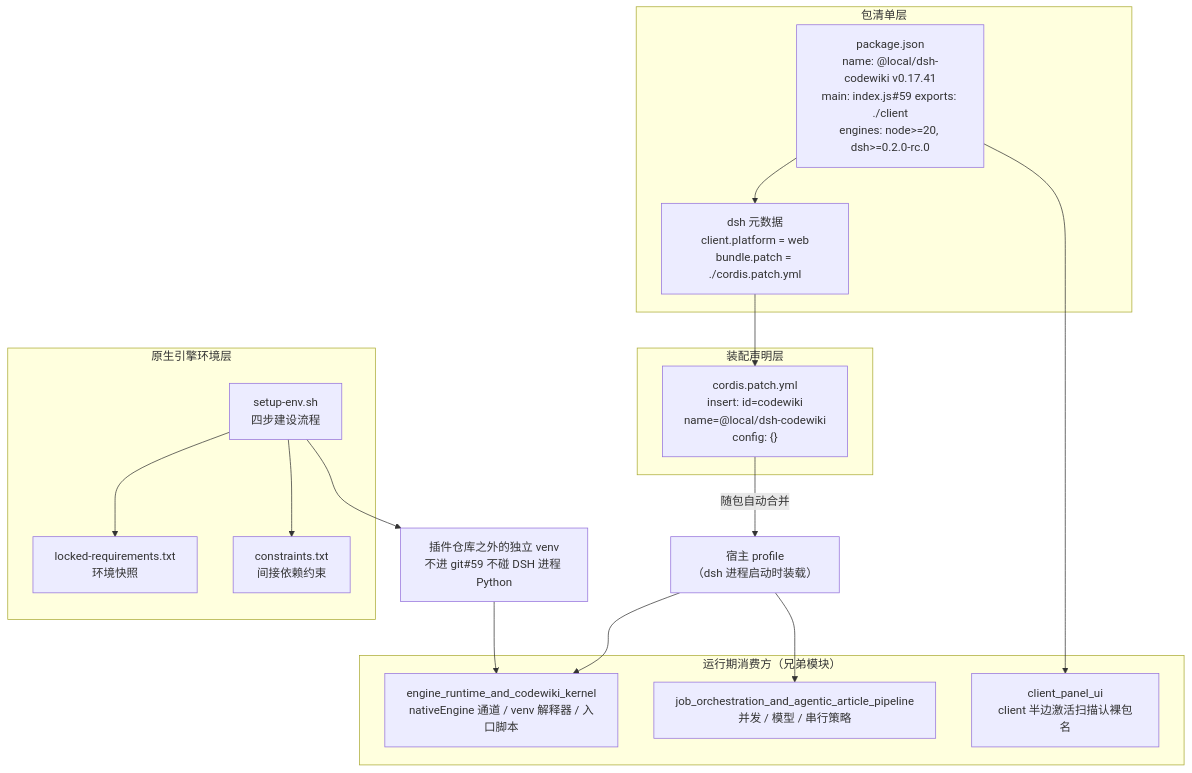
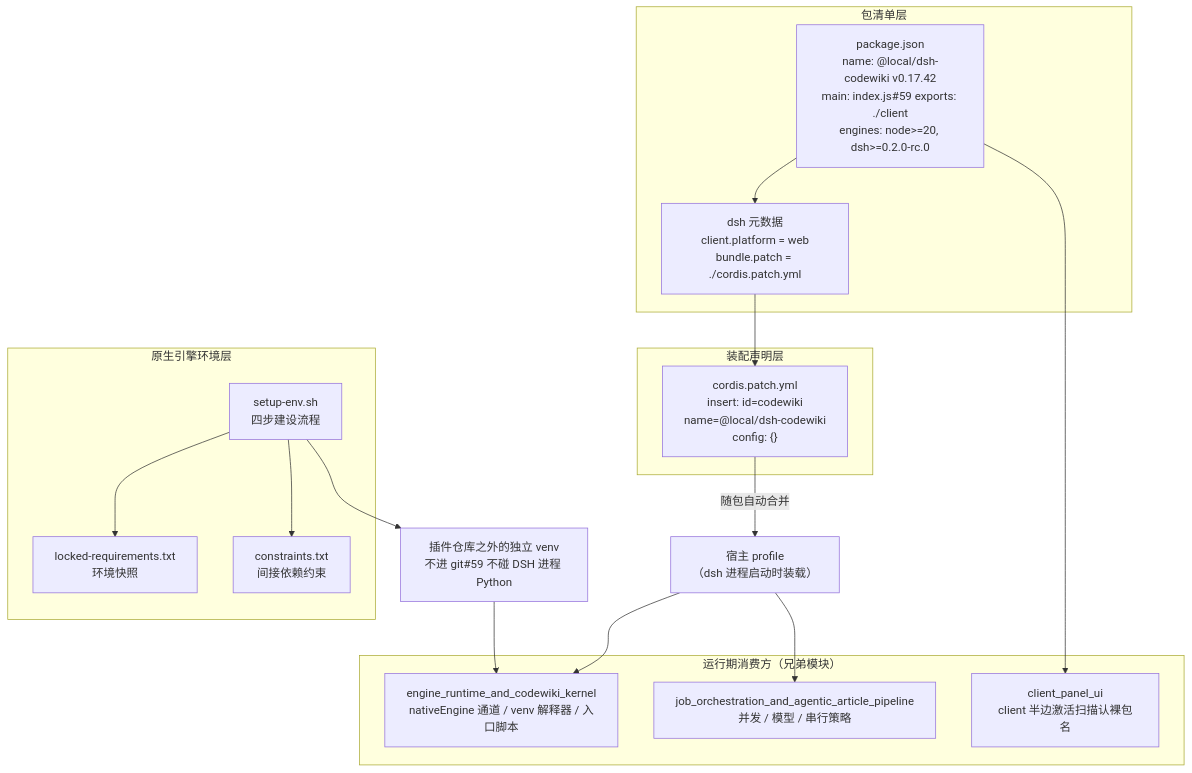
Before and after one commit to ikliml666/dsh-codewiki: the first of 3 diagrams in .codewiki/modules/build-and-configuration.md, drawn with Mermaid. The commit also changed other lines of this file and 12 other files, not shown here.

````diff
--- a/.codewiki/modules/build-and-configuration.md
+++ b/.codewiki/modules/build-and-configuration.md
@@ -28,35 +28,35 @@
 ```mermaid
 flowchart TB
     subgraph PKG["包清单层"]
-        PJ["package.json<br/>name: @local/dsh-codewiki v0.17.41<br/>main: index.js#59 exports: ./client<br/>engines: node>=20, dsh>=0.2.0-rc.0"]
+        PJ["package.json<br/>name: @local/dsh-codewiki v0.17.42<br/>main: index.js#59 exports: ./client<br/>engines: node>=20, dsh>=0.2.0-rc.0"]
         DSHMETA["dsh 元数据<br/>client.platform = web<br/>bundle.patch = ./cordis.patch.yml"]
     end
 
     subgraph PATCH["装配声明层"]
         CP["cordis.patch.yml<br/>insert: id=codewiki<br/>name=@local/dsh-codewiki<br/>config: {}"]
     end
 
     subgraph ENV["原生引擎环境层"]
         SH["setup-env.sh<br/>四步建设流程"]
         LOCK["locked-requirements.txt<br/>环境快照"]
         CON["constraints.txt<br/>间接依赖约束"]
     end
 
     subgraph RUNTIME["运行期消费方（兄弟模块）"]
         ENG["engine_runtime_and_codewiki_kernel<br/>nativeEngine 通道 / venv 解释器 / 入口脚本"]
         JOB["job_orchestration_and_agentic_article_pipeline<br/>并发 / 模型 / 串行策略"]
         UI["client_panel_ui<br/>client 半边激活扫描认裸包名"]
     end
 
     PJ --> DSHMETA
     DSHMETA --> CP
     CP -->|"随包自动合并"| PROFILE["宿主 profile<br/>（dsh 进程启动时装载）"]
     SH --> LOCK
     SH --> CON
     SH --> VENV["插件仓库之外的独立 venv<br/>不进 git#59 不碰 DSH 进程 Python"]
 
     PROFILE --> JOB
     PROFILE --> ENG
     VENV --> ENG
     PJ --> UI
 ```
````
